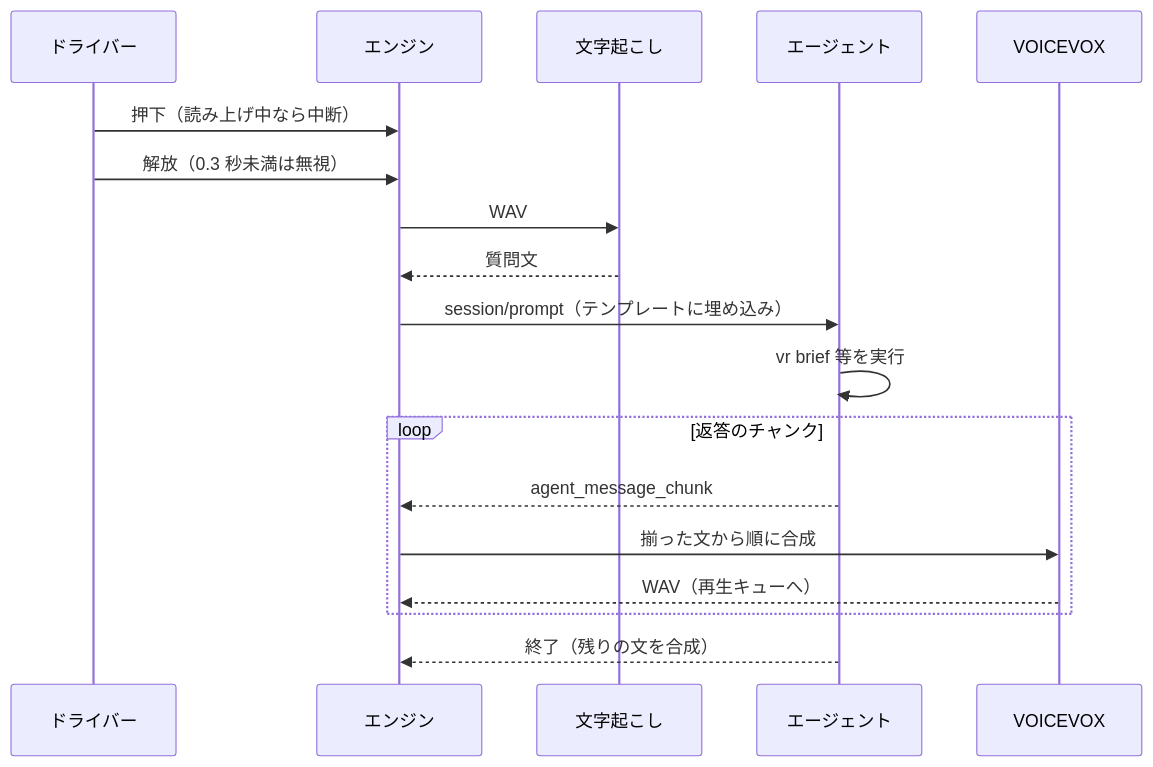
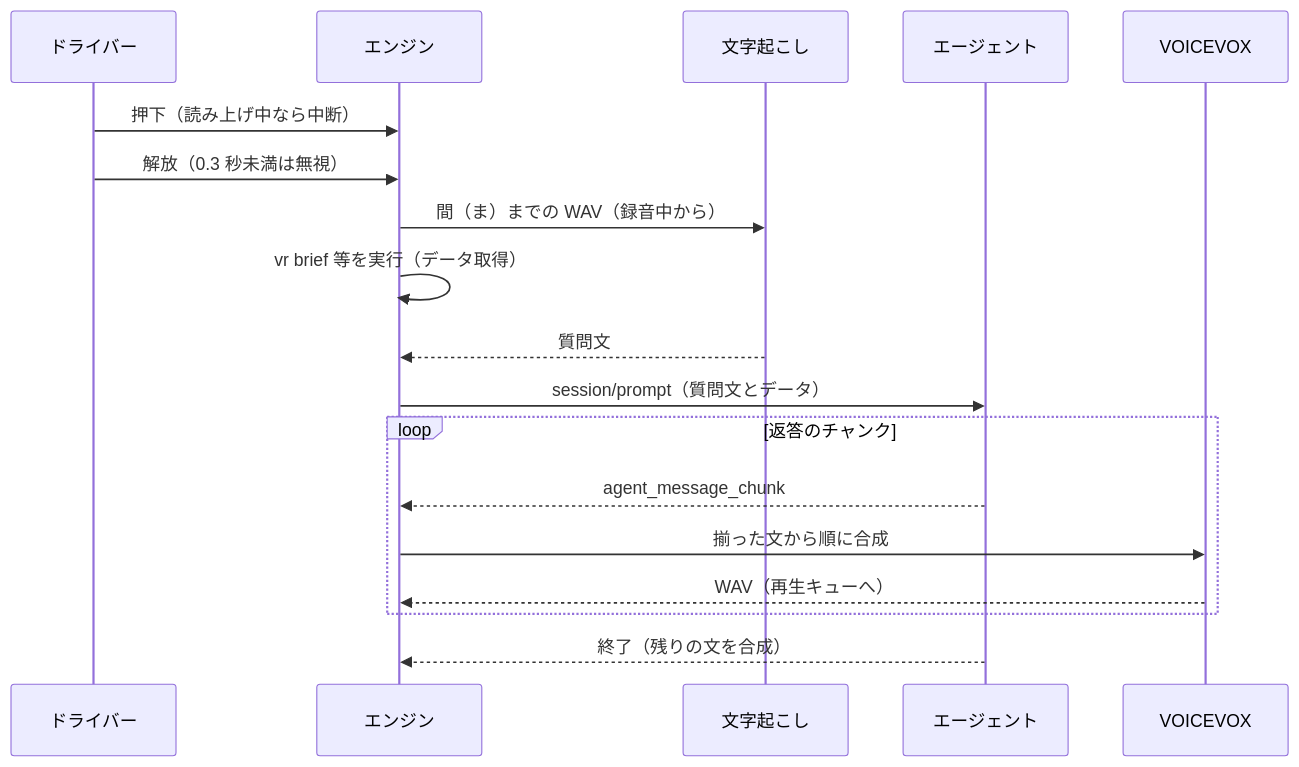
Before and after one commit to r4ai/vibe-racing: the second of 2 diagrams in crates/vr-radio/docs/architecture.md, drawn with Mermaid. The commit also changed other lines of this file and 23 other files, not shown here.

````diff
--- a/crates/vr-radio/docs/architecture.md
+++ b/crates/vr-radio/docs/architecture.md
@@ -90,20 +102,20 @@
 ```mermaid
 sequenceDiagram
     participant D as ドライバー
     participant E as エンジン
     participant S as 文字起こし
     participant A as エージェント
     participant V as VOICEVOX
     D->>E: 押下（読み上げ中なら中断）
     D->>E: 解放（0.3 秒未満は無視）
-    E->>S: WAV
+    E->>S: 間（ま）までの WAV（録音中から）
+    E->>E: vr brief 等を実行（データ取得）
     S-->>E: 質問文
-    E->>A: session/prompt（テンプレートに埋め込み）
-    A->>A: vr brief 等を実行
+    E->>A: session/prompt（質問文とデータ）
     loop 返答のチャンク
         A-->>E: agent_message_chunk
         E->>V: 揃った文から順に合成
         V-->>E: WAV（再生キューへ）
     end
     A-->>E: 終了（残りの文を合成）
 ```
````
